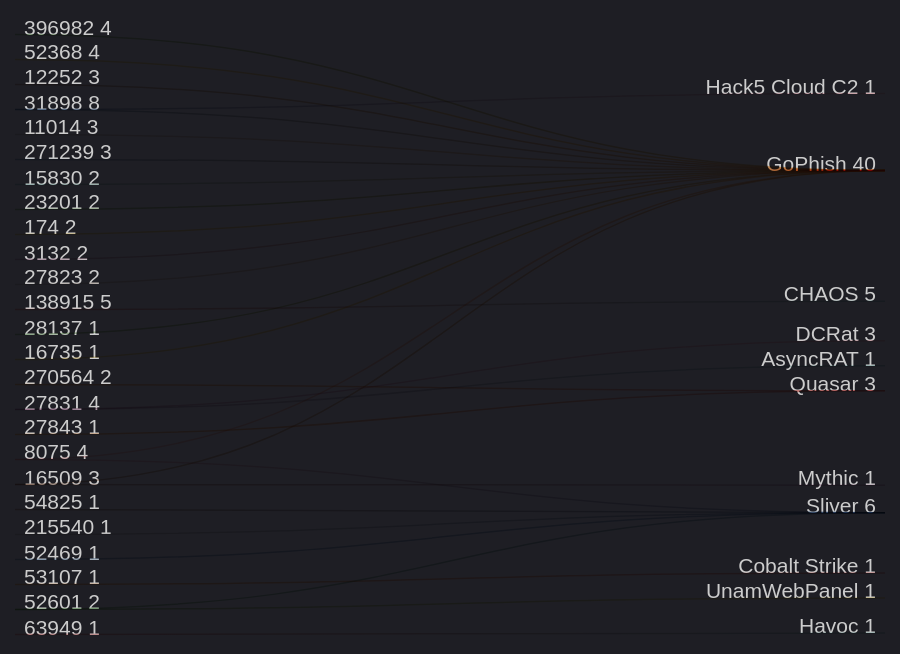
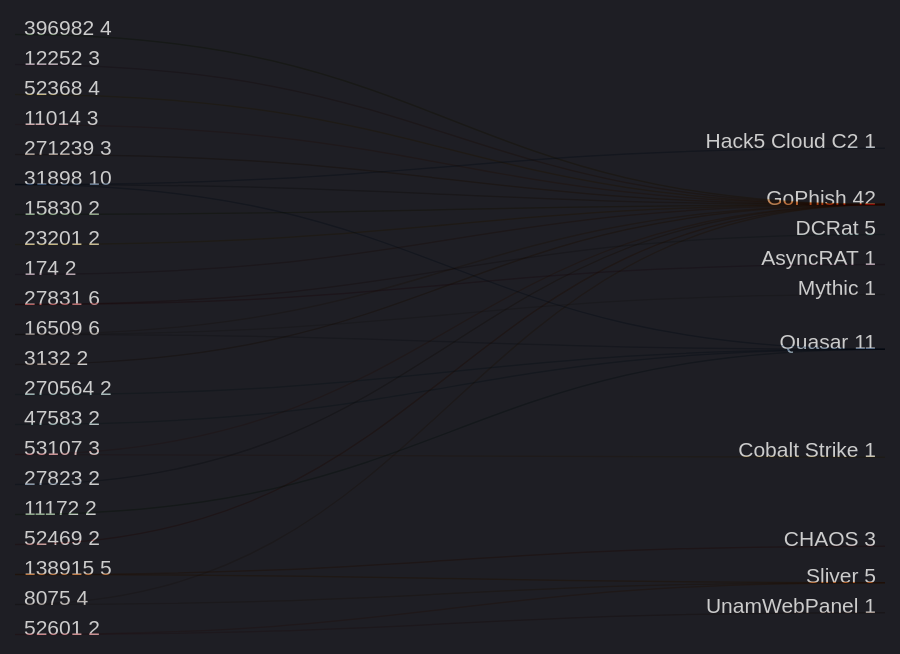
The sixth of 8 diagrams in zolim.md (ZoqueLabs/website), drawn with Mermaid before and after one commit. The commit also changed other lines of this file, not shown here.

````diff
--- a/zolim.md
+++ b/zolim.md
@@ -154,38 +154,38 @@
 ```mermaid
 ---
 config:
   theme: dark
 ---
 %% ASN → Threat (top)
 sankey-beta
   31898,GoPhish,7
-  138915,CHAOS,5
+  27831,DCRat,5
   396982,GoPhish,4
   52368,GoPhish,4
-  27831,DCRat,3
   12252,GoPhish,3
   11014,GoPhish,3
   271239,GoPhish,3
+  16509,Quasar,3
+  138915,CHAOS,3
   270564,Quasar,2
   15830,GoPhish,2
   23201,GoPhish,2
   174,GoPhish,2
+  53107,GoPhish,2
   3132,GoPhish,2
   8075,GoPhish,2
   16509,GoPhish,2
   27823,GoPhish,2
+  138915,Sliver,2
+  52469,GoPhish,2
+  47583,Quasar,2
+  11172,Quasar,2
+  31898,Quasar,2
   8075,Sliver,2
   53107,Cobalt Strike,1
   27831,AsyncRAT,1
   52601,Sliver,1
   52601,UnamWebPanel,1
   16509,Mythic,1
   31898,Hack5 Cloud C2,1
-  54825,Sliver,1
-  215540,Sliver,1
-  52469,Sliver,1
-  27843,Quasar,1
-  63949,Havoc,1
-  28137,GoPhish,1
-  16735,GoPhish,1
 ```
````
